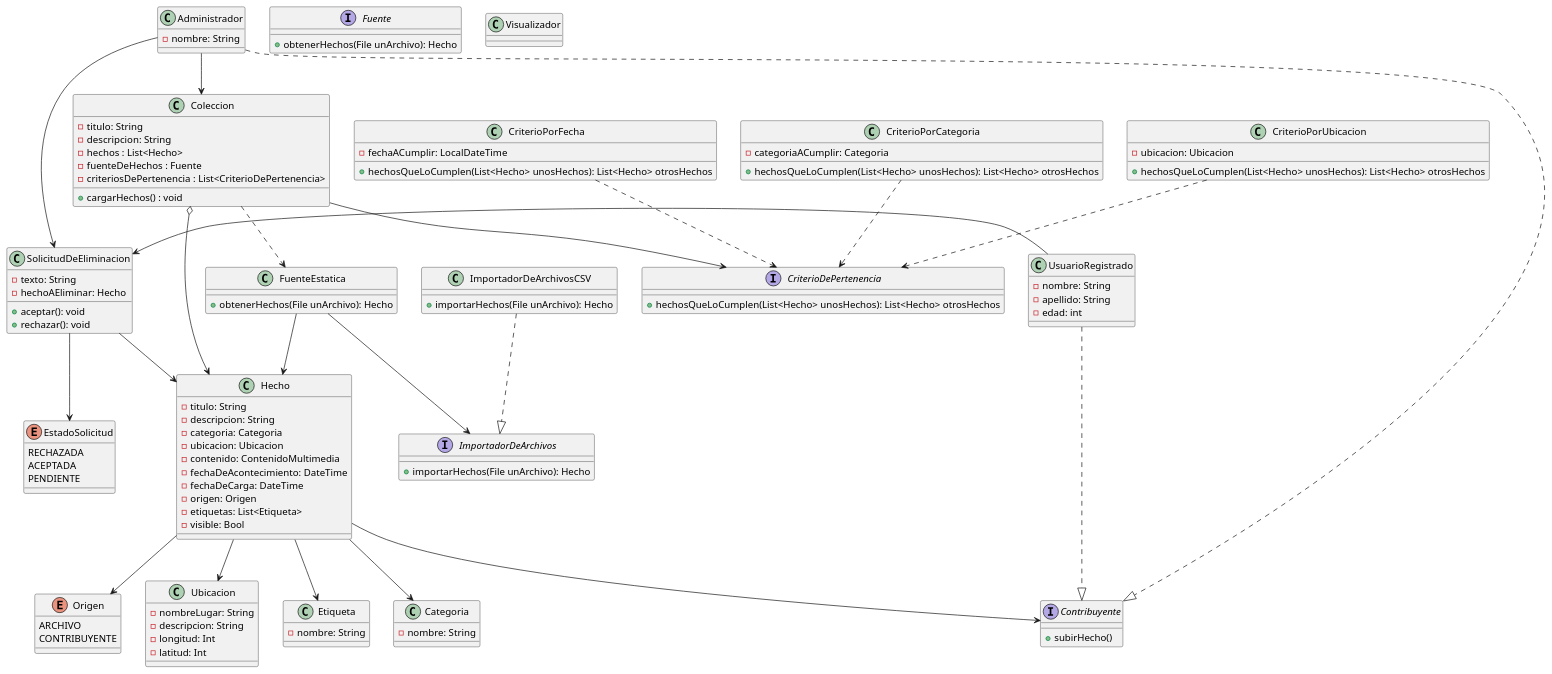
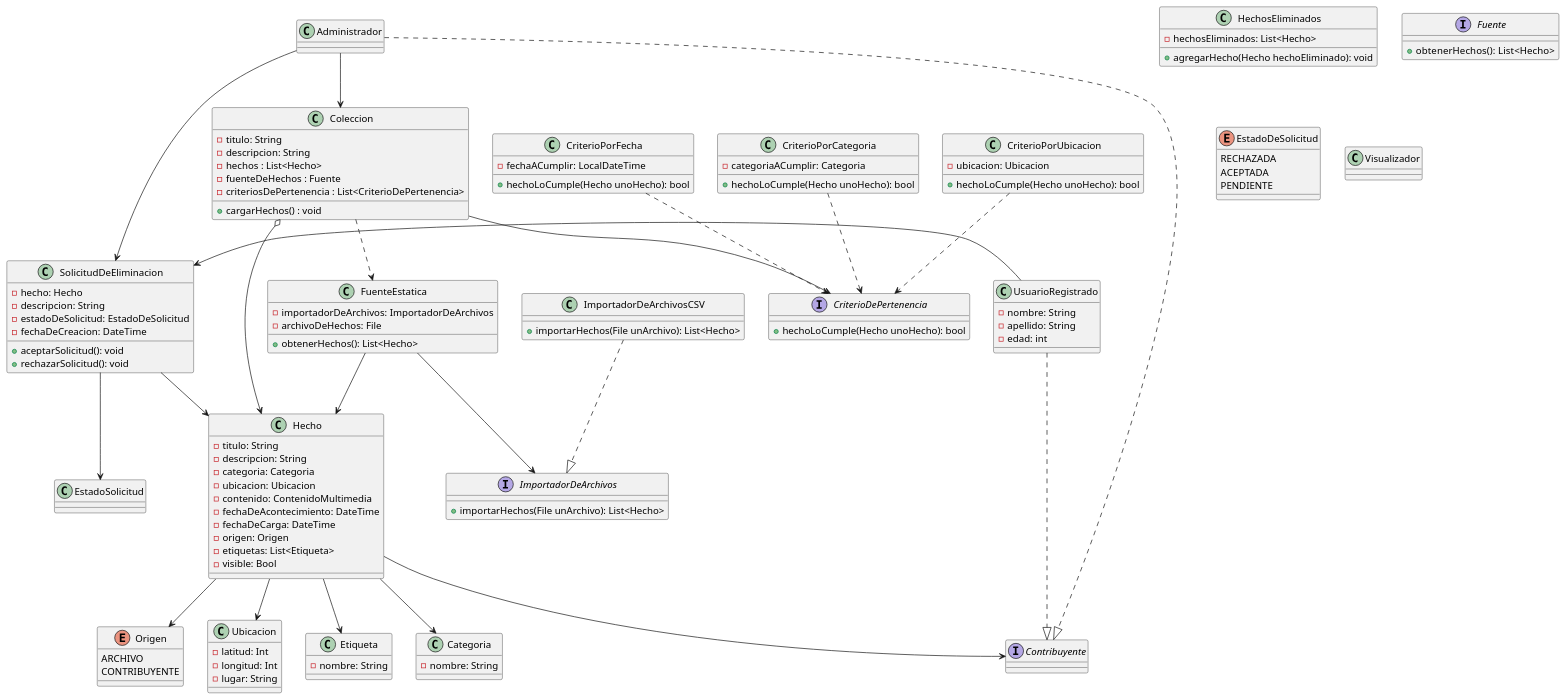
The diagram in diagrams/TPA-1eraEntrega.puml (vrramiro/tpa-DDSI-2025), drawn with PlantUML before and after one commit. The commit also changed 11 other files, not shown here.

```diff
--- a/diagrams/TPA-1eraEntrega.puml
+++ b/diagrams/TPA-1eraEntrega.puml
@@ -1,143 +1,162 @@
 @startuml
 'https://plantuml.com/class-diagram
 
 FuenteEstatica --> Hecho
 Coleccion ..> FuenteEstatica
 Coleccion o--> Hecho
 Hecho --> Categoria
 Hecho --> Origen
 Hecho --> Contribuyente
 UsuarioRegistrado ..|> Contribuyente
 Administrador ..|> Contribuyente
 Administrador --> Coleccion
 SolicitudDeEliminacion --> Hecho
 SolicitudDeEliminacion --> EstadoSolicitud
 Administrador -> SolicitudDeEliminacion
 UsuarioRegistrado -> SolicitudDeEliminacion
 ImportadorDeArchivosCSV ..|> ImportadorDeArchivos
 FuenteEstatica --> ImportadorDeArchivos
 Coleccion --> CriterioDePertenencia
 CriterioPorFecha ..> CriterioDePertenencia
 CriterioPorCategoria ..> CriterioDePertenencia
 CriterioPorUbicacion ..> CriterioDePertenencia
 Hecho --> Ubicacion
 Hecho--> Etiqueta
 
+
+
+'--------- File: Contenido ---------
+class Coleccion {
+    - titulo: String
+    - descripcion: String
+    - hechos : List<Hecho>
+    - fuenteDeHechos : Fuente
+    - criteriosDePertenencia : List<CriterioDePertenencia>
+
+    + cargarHechos() : void
+}
+
+class Etiqueta {
+    - nombre: String
+}
+
 class Hecho {
     - titulo: String
     - descripcion: String
     - categoria: Categoria
     - ubicacion: Ubicacion
     - contenido: ContenidoMultimedia
     - fechaDeAcontecimiento: DateTime
     - fechaDeCarga: DateTime
     - origen: Origen
     - etiquetas: List<Etiqueta>
     - visible: Bool
 }
 
-class Etiqueta {
-    - nombre: String
-}
-
-class Ubicacion{
-    - nombreLugar: String
-    - descripcion: String
-    - longitud: Int
-    - latitud: Int
+class HechosEliminados {
+   - hechosEliminados: List<Hecho>
+   + agregarHecho(Hecho hechoEliminado): void
 }
 
 'Enum porque no tiene comportamiento, y necesitamos evitar inconsistencia
 enum Origen {
     ARCHIVO
     CONTRIBUYENTE
 }
 
+class Ubicacion{
+    - latitud: Int
+    - longitud: Int
+    - lugar: String
+}
+
+
+'--------- File: Criterio ---------
+
 'Por consistencia de datos
 class Categoria {
     - nombre: String
 }
 
-class SolicitudDeEliminacion {
-    - texto: String
-    - hechoAEliminar: Hecho
-
-    + aceptar(): void
-    + rechazar(): void
+interface CriterioDePertenencia {
+    + hechoLoCumple(Hecho unoHecho): bool
 }
 
-enum EstadoSolicitud {
+class CriterioPorCategoria {
+    - categoriaACumplir: Categoria
+
+    + hechoLoCumple(Hecho unoHecho): bool
+}
+
+class CriterioPorFecha {
+    - fechaACumplir: LocalDateTime
+
+    + hechoLoCumple(Hecho unoHecho): bool
+}
+
+class CriterioPorUbicacion {
+    - ubicacion: Ubicacion
+
+    + hechoLoCumple(Hecho unoHecho): bool
+}
+
+
+'--------- File: Fuente ---------
+
+interface Fuente {
+    + obtenerHechos():  List<Hecho>
+}
+
+class FuenteEstatica {
+    - importadorDeArchivos: ImportadorDeArchivos
+    - archivoDeHechos: File
+
+    + obtenerHechos(): List<Hecho>
+}
+
+interface ImportadorDeArchivos {
+    + importarHechos(File unArchivo): List<Hecho>
+}
+
+class ImportadorDeArchivosCSV {
+     + importarHechos(File unArchivo): List<Hecho>
+}
+
+
+'--------- File: Solicitud ---------
+
+enum EstadoDeSolicitud {
     RECHAZADA
     ACEPTADA
     PENDIENTE
 }
 
-interface Fuente {
-    + obtenerHechos(File unArchivo): Hecho
+class SolicitudDeEliminacion {
+    - hecho: Hecho
+    - descripcion: String
+    - estadoDeSolicitud: EstadoDeSolicitud
+    - fechaDeCreacion: DateTime
+
+    + aceptarSolicitud(): void
+    + rechazarSolicitud(): void
 }
 
-class FuenteEstatica {
-    + obtenerHechos(File unArchivo): Hecho
-}
 
-class Coleccion {
-    - titulo: String
-    - descripcion: String
-    - hechos : List<Hecho>
-    - fuenteDeHechos : Fuente
-    - criteriosDePertenencia : List<CriterioDePertenencia>
+'--------- File: Usuario ---------
 
-    + cargarHechos() : void
-}
-
-'VER
-interface CriterioDePertenencia {
-    + hechosQueLoCumplen(List<Hecho> unosHechos): List<Hecho> otrosHechos
-}
-
-class CriterioPorFecha {
-    - fechaACumplir: LocalDateTime
-
-    + hechosQueLoCumplen(List<Hecho> unosHechos): List<Hecho> otrosHechos
-}
-
-class CriterioPorCategoria {
-    - categoriaACumplir: Categoria
-
-    + hechosQueLoCumplen(List<Hecho> unosHechos): List<Hecho> otrosHechos
-}
-
-class CriterioPorUbicacion {
-    - ubicacion: Ubicacion
-
-    + hechosQueLoCumplen(List<Hecho> unosHechos): List<Hecho> otrosHechos
+class Administrador {
 }
 
 interface Contribuyente {
-    + subirHecho()
 }
 
-class Administrador {
-    -nombre: String
+class UsuarioRegistrado {
+    - nombre: String
+    - apellido: String
+    - edad: int
 }
 
 class Visualizador {
-
-}
-
-class UsuarioRegistrado {
-    -nombre: String
-    -apellido: String
-    -edad: int
-
-}
-
-interface ImportadorDeArchivos {
-    + importarHechos(File unArchivo): Hecho
-}
-
-class ImportadorDeArchivosCSV {
-     + importarHechos(File unArchivo): Hecho
 }
 
 @enduml
```
